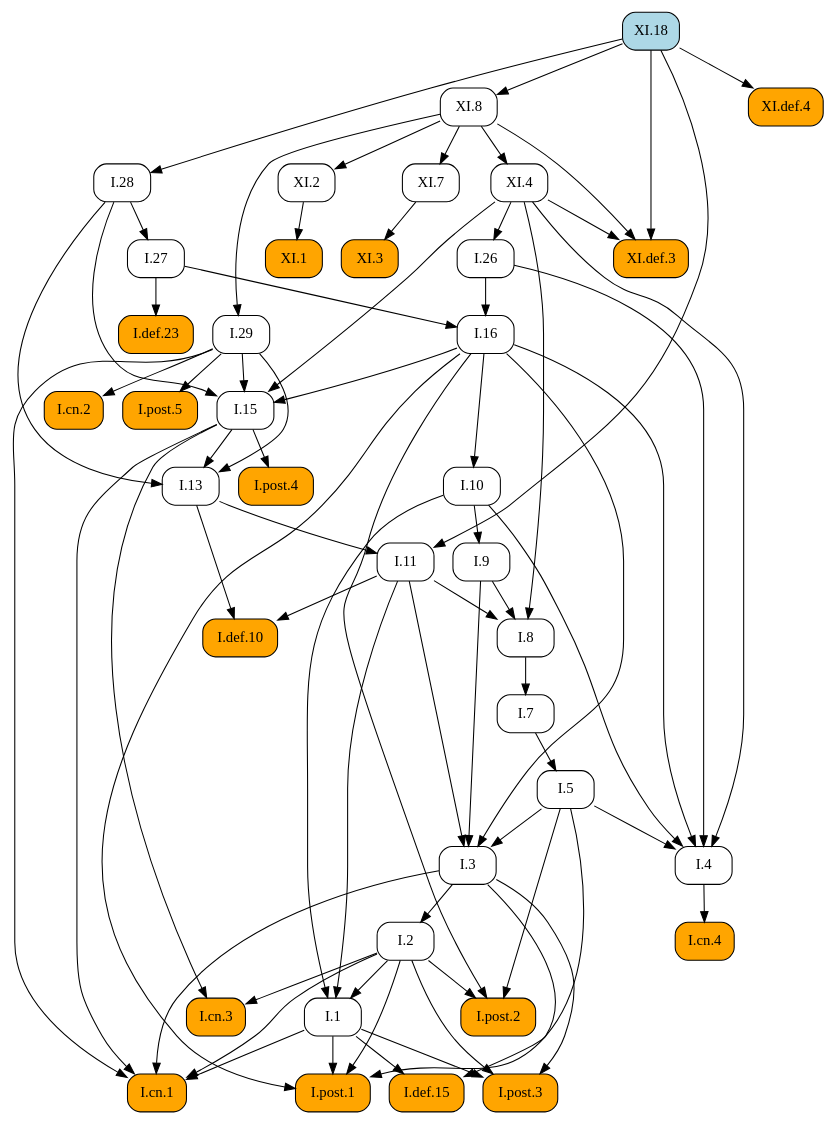
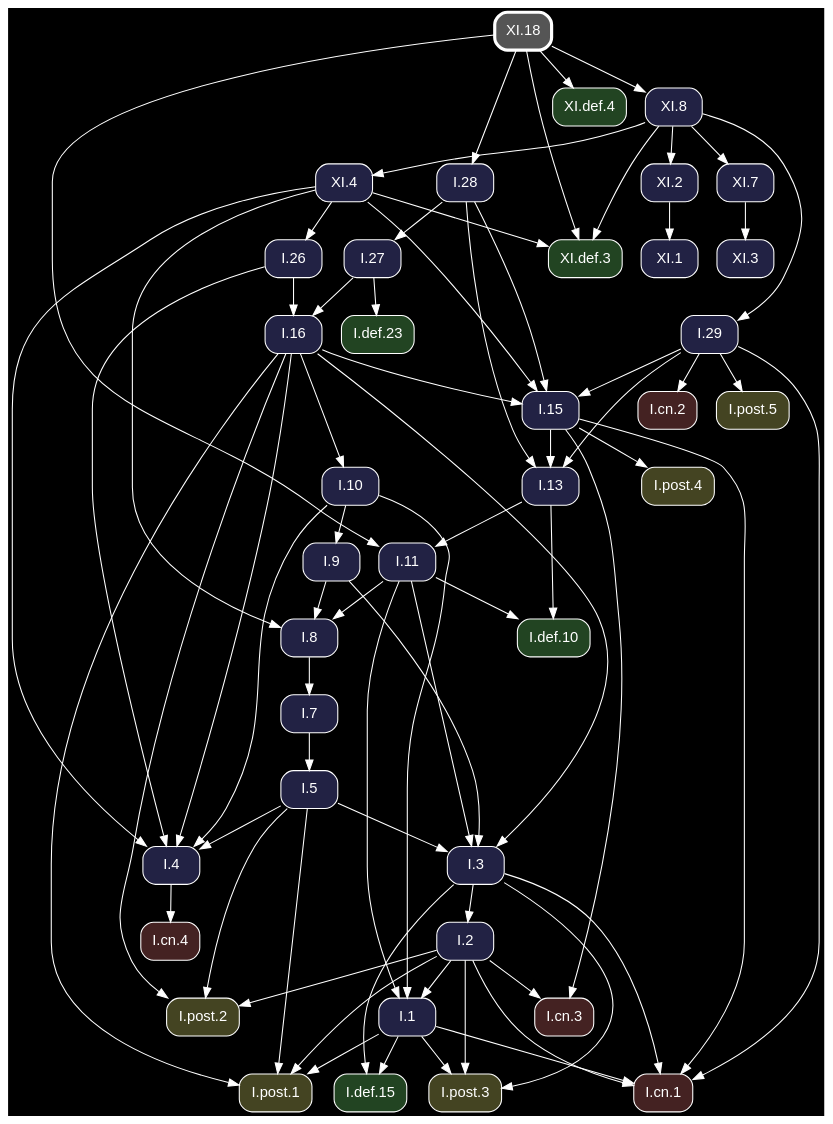
Before and after one commit to geometor/elements: the diagram in docsrc/heath/XI/18/index.rst, drawn with Graphviz. The commit also changed other lines of this file and 1200 other files, not shown here.

Commit message:
update dependency graphs

```diff
--- a/docsrc/heath/XI/18/index.rst
+++ b/docsrc/heath/XI/18/index.rst
@@ -41,67 +41,50 @@
 .. graphviz::
 
    digraph {
+     bgcolor="black";
+     node [shape=box, style="rounded,filled", fontname="Helvetica", color="white", fontcolor="white"];
+     edge [color="white", fontcolor="white"];
      rankdir="TB";
-     node [shape=box, style=rounded];
-     "I.9" [URL="/heath/I/9/", target="_top"];
-     "XI.4" [URL="/heath/XI/4/", target="_top"];
-     "I.def.15" [style="rounded,filled", fillcolor=orange, URL="/heath/I/def.15/", target="_top"];
-     "XI.8" [URL="/heath/XI/8/", target="_top"];
-     "I.post.3" [style="rounded,filled", fillcolor=orange, URL="/heath/I/post.3/", target="_top"];
-     "I.post.1" [style="rounded,filled", fillcolor=orange, URL="/heath/I/post.1/", target="_top"];
-     "XI.3" [style="rounded,filled", fillcolor=orange, URL="/heath/XI/3/", target="_top"];
-     "I.def.10" [style="rounded,filled", fillcolor=orange, URL="/heath/I/def.10/", target="_top"];
-     "XI.def.3" [style="rounded,filled", fillcolor=orange, URL="/heath/XI/def.3/", target="_top"];
-     "I.27" [URL="/heath/I/27/", target="_top"];
-     "XI.2" [URL="/heath/XI/2/", target="_top"];
-     "XI.7" [URL="/heath/XI/7/", target="_top"];
-     "I.3" [URL="/heath/I/3/", target="_top"];
-     "I.cn.1" [style="rounded,filled", fillcolor=orange, URL="/heath/I/cn.1/", target="_top"];
-     "XI.18" [style="rounded,filled", fillcolor=lightblue, URL="/heath/XI/18/", target="_top"];
-     "I.7" [URL="/heath/I/7/", target="_top"];
-     "I.2" [URL="/heath/I/2/", target="_top"];
-     "XI.def.4" [style="rounded,filled", fillcolor=orange, URL="/heath/XI/def.4/", target="_top"];
-     "I.13" [URL="/heath/I/13/", target="_top"];
-     "I.post.4" [style="rounded,filled", fillcolor=orange, URL="/heath/I/post.4/", target="_top"];
-     "I.4" [URL="/heath/I/4/", target="_top"];
-     "I.1" [URL="/heath/I/1/", target="_top"];
-     "I.5" [URL="/heath/I/5/", target="_top"];
-     "I.8" [URL="/heath/I/8/", target="_top"];
-     "I.29" [URL="/heath/I/29/", target="_top"];
-     "I.cn.3" [style="rounded,filled", fillcolor=orange, URL="/heath/I/cn.3/", target="_top"];
-     "I.16" [URL="/heath/I/16/", target="_top"];
-     "I.15" [URL="/heath/I/15/", target="_top"];
-     "I.10" [URL="/heath/I/10/", target="_top"];
-     "I.11" [URL="/heath/I/11/", target="_top"];
-     "I.def.23" [style="rounded,filled", fillcolor=orange, URL="/heath/I/def.23/", target="_top"];
-     "I.cn.2" [style="rounded,filled", fillcolor=orange, URL="/heath/I/cn.2/", target="_top"];
-     "I.post.5" [style="rounded,filled", fillcolor=orange, URL="/heath/I/post.5/", target="_top"];
-     "I.28" [URL="/heath/I/28/", target="_top"];
-     "XI.1" [style="rounded,filled", fillcolor=orange, URL="/heath/XI/1/", target="_top"];
-     "I.cn.4" [style="rounded,filled", fillcolor=orange, URL="/heath/I/cn.4/", target="_top"];
-     "I.post.2" [style="rounded,filled", fillcolor=orange, URL="/heath/I/post.2/", target="_top"];
-     "I.26" [URL="/heath/I/26/", target="_top"];
-     "I.10" -> "I.9";
-     "XI.8" -> "XI.4";
-     "I.1" -> "I.def.15";
-     "I.3" -> "I.def.15";
+     "XI.7" [fillcolor="#222244", URL="/heath/XI/7/", target="_top"];
+     "XI.8" [fillcolor="#222244", URL="/heath/XI/8/", target="_top"];
+     "I.3" [fillcolor="#222244", URL="/heath/I/3/", target="_top"];
+     "I.cn.1" [fillcolor="#442222", URL="/heath/I/cn.1/", target="_top"];
+     "XI.def.3" [fillcolor="#224422", URL="/heath/XI/def.3/", target="_top"];
+     "I.def.10" [fillcolor="#224422", URL="/heath/I/def.10/", target="_top"];
+     "I.15" [fillcolor="#222244", URL="/heath/I/15/", target="_top"];
+     "I.28" [fillcolor="#222244", URL="/heath/I/28/", target="_top"];
+     "I.13" [fillcolor="#222244", URL="/heath/I/13/", target="_top"];
+     "I.27" [fillcolor="#222244", URL="/heath/I/27/", target="_top"];
+     "I.2" [fillcolor="#222244", URL="/heath/I/2/", target="_top"];
+     "XI.3" [fillcolor="#222244", URL="/heath/XI/3/", target="_top"];
+     "I.cn.2" [fillcolor="#442222", URL="/heath/I/cn.2/", target="_top"];
+     "XI.1" [fillcolor="#222244", URL="/heath/XI/1/", target="_top"];
+     "I.9" [fillcolor="#222244", URL="/heath/I/9/", target="_top"];
+     "I.1" [fillcolor="#222244", URL="/heath/I/1/", target="_top"];
+     "I.post.5" [fillcolor="#444422", URL="/heath/I/post.5/", target="_top"];
+     "I.post.4" [fillcolor="#444422", URL="/heath/I/post.4/", target="_top"];
+     "I.26" [fillcolor="#222244", URL="/heath/I/26/", target="_top"];
+     "I.8" [fillcolor="#222244", URL="/heath/I/8/", target="_top"];
+     "I.4" [fillcolor="#222244", URL="/heath/I/4/", target="_top"];
+     "I.7" [fillcolor="#222244", URL="/heath/I/7/", target="_top"];
+     "I.5" [fillcolor="#222244", URL="/heath/I/5/", target="_top"];
+     "XI.def.4" [fillcolor="#224422", URL="/heath/XI/def.4/", target="_top"];
+     "I.10" [fillcolor="#222244", URL="/heath/I/10/", target="_top"];
+     "I.post.1" [fillcolor="#444422", URL="/heath/I/post.1/", target="_top"];
+     "I.11" [fillcolor="#222244", URL="/heath/I/11/", target="_top"];
+     "I.16" [fillcolor="#222244", URL="/heath/I/16/", target="_top"];
+     "I.cn.3" [fillcolor="#442222", URL="/heath/I/cn.3/", target="_top"];
+     "I.29" [fillcolor="#222244", URL="/heath/I/29/", target="_top"];
+     "I.post.2" [fillcolor="#444422", URL="/heath/I/post.2/", target="_top"];
+     "I.cn.4" [fillcolor="#442222", URL="/heath/I/cn.4/", target="_top"];
+     "I.def.23" [fillcolor="#224422", URL="/heath/I/def.23/", target="_top"];
+     "I.post.3" [fillcolor="#444422", URL="/heath/I/post.3/", target="_top"];
+     "XI.18" [penwidth=3, color="white", fillcolor="#555555", URL="/heath/XI/18/", target="_top"];
+     "I.def.15" [fillcolor="#224422", URL="/heath/I/def.15/", target="_top"];
+     "XI.4" [fillcolor="#222244", URL="/heath/XI/4/", target="_top"];
+     "XI.2" [fillcolor="#222244", URL="/heath/XI/2/", target="_top"];
+     "XI.8" -> "XI.7";
      "XI.18" -> "XI.8";
-     "I.1" -> "I.post.3";
-     "I.2" -> "I.post.3";
-     "I.3" -> "I.post.3";
-     "I.1" -> "I.post.1";
-     "I.2" -> "I.post.1";
-     "I.5" -> "I.post.1";
-     "I.16" -> "I.post.1";
-     "XI.7" -> "XI.3";
-     "I.11" -> "I.def.10";
-     "I.13" -> "I.def.10";
-     "XI.4" -> "XI.def.3";
-     "XI.8" -> "XI.def.3";
-     "XI.18" -> "XI.def.3";
-     "I.28" -> "I.27";
-     "XI.8" -> "XI.2";
-     "XI.8" -> "XI.7";
      "I.5" -> "I.3";
      "I.9" -> "I.3";
      "I.11" -> "I.3";
@@ -111,45 +94,64 @@
      "I.3" -> "I.cn.1";
      "I.15" -> "I.cn.1";
      "I.29" -> "I.cn.1";
-     "I.8" -> "I.7";
-     "I.3" -> "I.2";
-     "XI.18" -> "XI.def.4";
+     "XI.4" -> "XI.def.3";
+     "XI.8" -> "XI.def.3";
+     "XI.18" -> "XI.def.3";
+     "I.11" -> "I.def.10";
+     "I.13" -> "I.def.10";
+     "I.16" -> "I.15";
+     "I.28" -> "I.15";
+     "I.29" -> "I.15";
+     "XI.4" -> "I.15";
+     "XI.18" -> "I.28";
      "I.15" -> "I.13";
      "I.28" -> "I.13";
      "I.29" -> "I.13";
+     "I.28" -> "I.27";
+     "I.3" -> "I.2";
+     "XI.7" -> "XI.3";
+     "I.29" -> "I.cn.2";
+     "XI.2" -> "XI.1";
+     "I.10" -> "I.9";
+     "I.2" -> "I.1";
+     "I.10" -> "I.1";
+     "I.11" -> "I.1";
+     "I.29" -> "I.post.5";
      "I.15" -> "I.post.4";
+     "XI.4" -> "I.26";
+     "I.9" -> "I.8";
+     "I.11" -> "I.8";
+     "XI.4" -> "I.8";
      "I.5" -> "I.4";
      "I.10" -> "I.4";
      "I.16" -> "I.4";
      "I.26" -> "I.4";
      "XI.4" -> "I.4";
-     "I.2" -> "I.1";
-     "I.10" -> "I.1";
-     "I.11" -> "I.1";
+     "I.8" -> "I.7";
      "I.7" -> "I.5";
-     "I.9" -> "I.8";
-     "I.11" -> "I.8";
-     "XI.4" -> "I.8";
-     "XI.8" -> "I.29";
+     "XI.18" -> "XI.def.4";
+     "I.16" -> "I.10";
+     "I.1" -> "I.post.1";
+     "I.2" -> "I.post.1";
+     "I.5" -> "I.post.1";
+     "I.16" -> "I.post.1";
+     "I.13" -> "I.11";
+     "XI.18" -> "I.11";
+     "I.26" -> "I.16";
+     "I.27" -> "I.16";
      "I.2" -> "I.cn.3";
      "I.15" -> "I.cn.3";
-     "I.26" -> "I.16";
-     "I.27" -> "I.16";
-     "I.16" -> "I.15";
-     "I.28" -> "I.15";
-     "I.29" -> "I.15";
-     "XI.4" -> "I.15";
-     "I.16" -> "I.10";
-     "I.13" -> "I.11";
-     "XI.18" -> "I.11";
-     "I.27" -> "I.def.23";
-     "I.29" -> "I.cn.2";
-     "I.29" -> "I.post.5";
-     "XI.18" -> "I.28";
-     "XI.2" -> "XI.1";
-     "I.4" -> "I.cn.4";
+     "XI.8" -> "I.29";
      "I.2" -> "I.post.2";
      "I.5" -> "I.post.2";
      "I.16" -> "I.post.2";
-     "XI.4" -> "I.26";
+     "I.4" -> "I.cn.4";
+     "I.27" -> "I.def.23";
+     "I.1" -> "I.post.3";
+     "I.2" -> "I.post.3";
+     "I.3" -> "I.post.3";
+     "I.1" -> "I.def.15";
+     "I.3" -> "I.def.15";
+     "XI.8" -> "XI.4";
+     "XI.8" -> "XI.2";
    }
```
